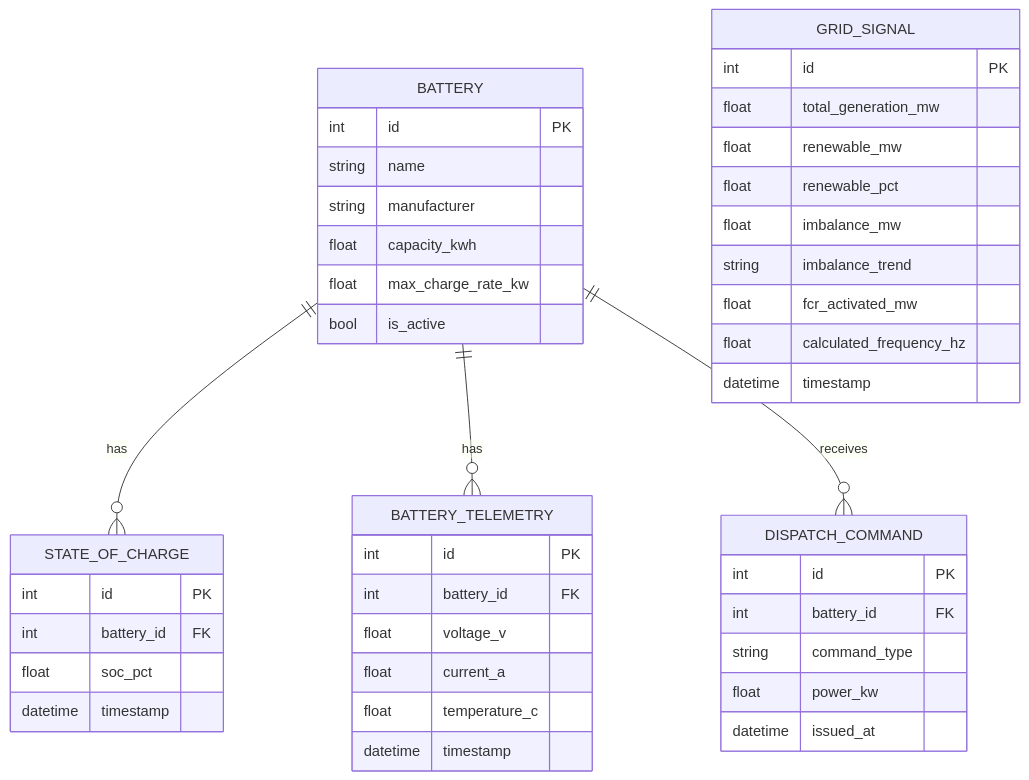
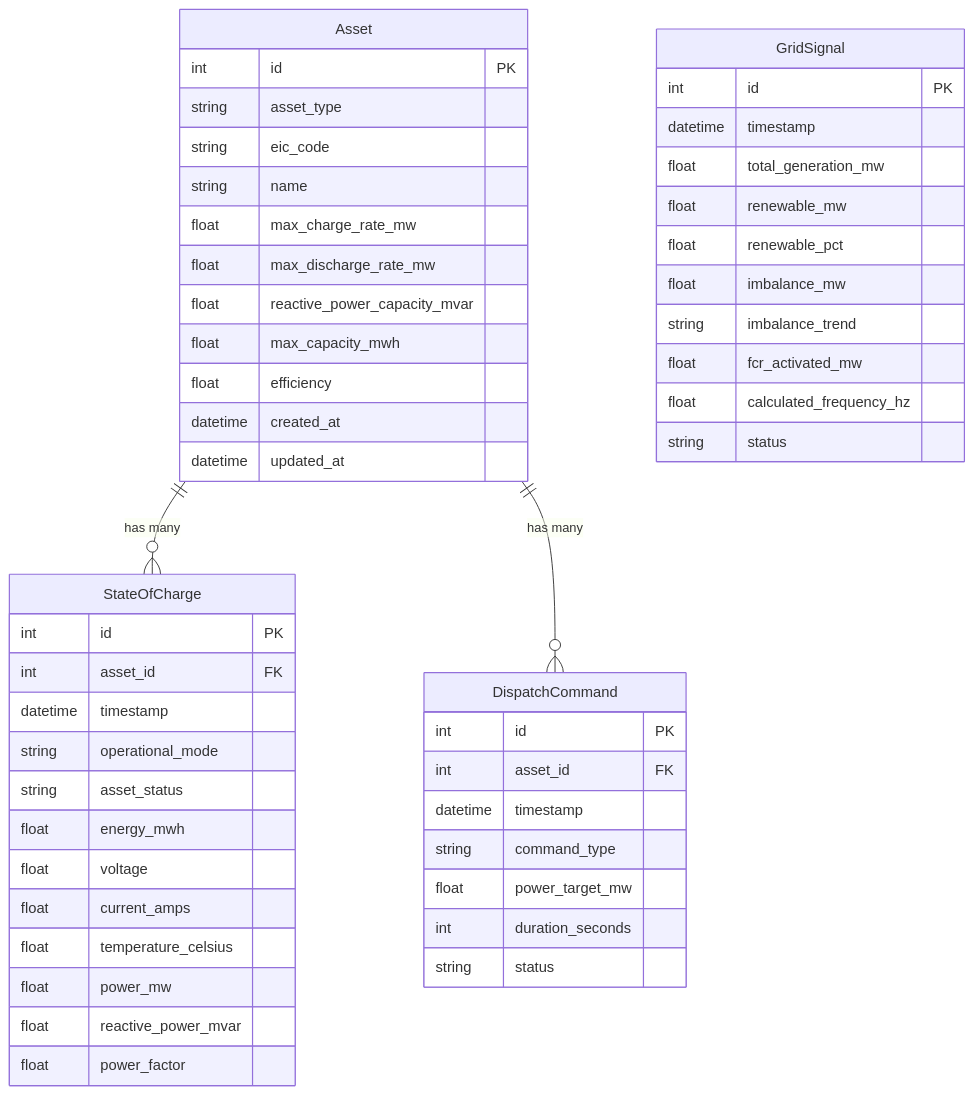
The second of 3 diagrams in README.md (roadtowiganpier/rada-backend), drawn with Mermaid before and after one commit. The commit also changed other lines of this file, not shown here.

````diff
--- a/README.md
+++ b/README.md
@@ -100,51 +125,57 @@
 ```mermaid
 erDiagram
-    BATTERY {
+    Asset {
         int id PK
+        string asset_type
+        string eic_code
         string name
-        string manufacturer
-        float capacity_kwh
-        float max_charge_rate_kw
-        bool is_active
+        float max_charge_rate_mw
+        float max_discharge_rate_mw
+        float reactive_power_capacity_mvar
+        float max_capacity_mwh
+        float efficiency
+        datetime created_at
+        datetime updated_at
     }
 
-    STATE_OF_CHARGE {
+    StateOfCharge {
         int id PK
-        int battery_id FK
-        float soc_pct
+        int asset_id FK
         datetime timestamp
+        string operational_mode
+        string asset_status
+        float energy_mwh
+        float voltage
+        float current_amps
+        float temperature_celsius
+        float power_mw
+        float reactive_power_mvar
+        float power_factor
     }
 
-    BATTERY_TELEMETRY {
+    DispatchCommand {
         int id PK
-        int battery_id FK
-        float voltage_v
-        float current_a
-        float temperature_c
+        int asset_id FK
         datetime timestamp
+        string command_type
+        float power_target_mw
+        int duration_seconds
+        string status
     }
 
-    DISPATCH_COMMAND {
+    GridSignal {
         int id PK
-        int battery_id FK
-        string command_type
-        float power_kw
-        datetime issued_at
-    }
-
-    GRID_SIGNAL {
-        int id PK
+        datetime timestamp
         float total_generation_mw
         float renewable_mw
         float renewable_pct
         float imbalance_mw
         string imbalance_trend
         float fcr_activated_mw
         float calculated_frequency_hz
-        datetime timestamp
+        string status
     }
 
-    BATTERY ||--o{ STATE_OF_CHARGE : "has"
-    BATTERY ||--o{ BATTERY_TELEMETRY : "has"
-    BATTERY ||--o{ DISPATCH_COMMAND : "receives"
+    Asset ||--o{ StateOfCharge : "has many"
+    Asset ||--o{ DispatchCommand : "has many"
 ```
````
